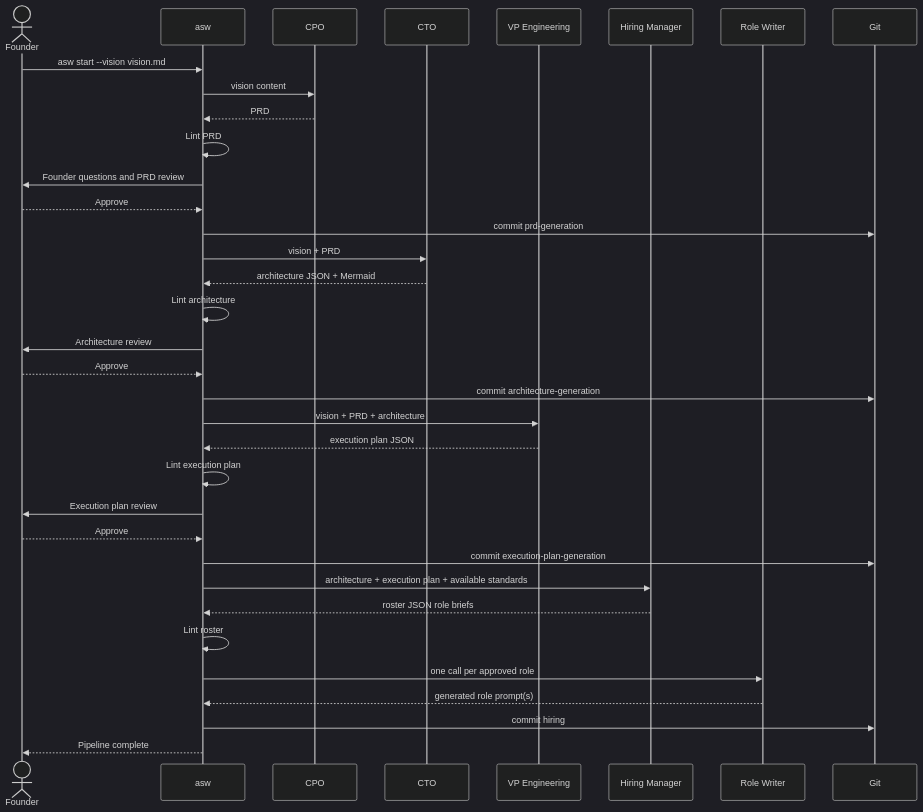
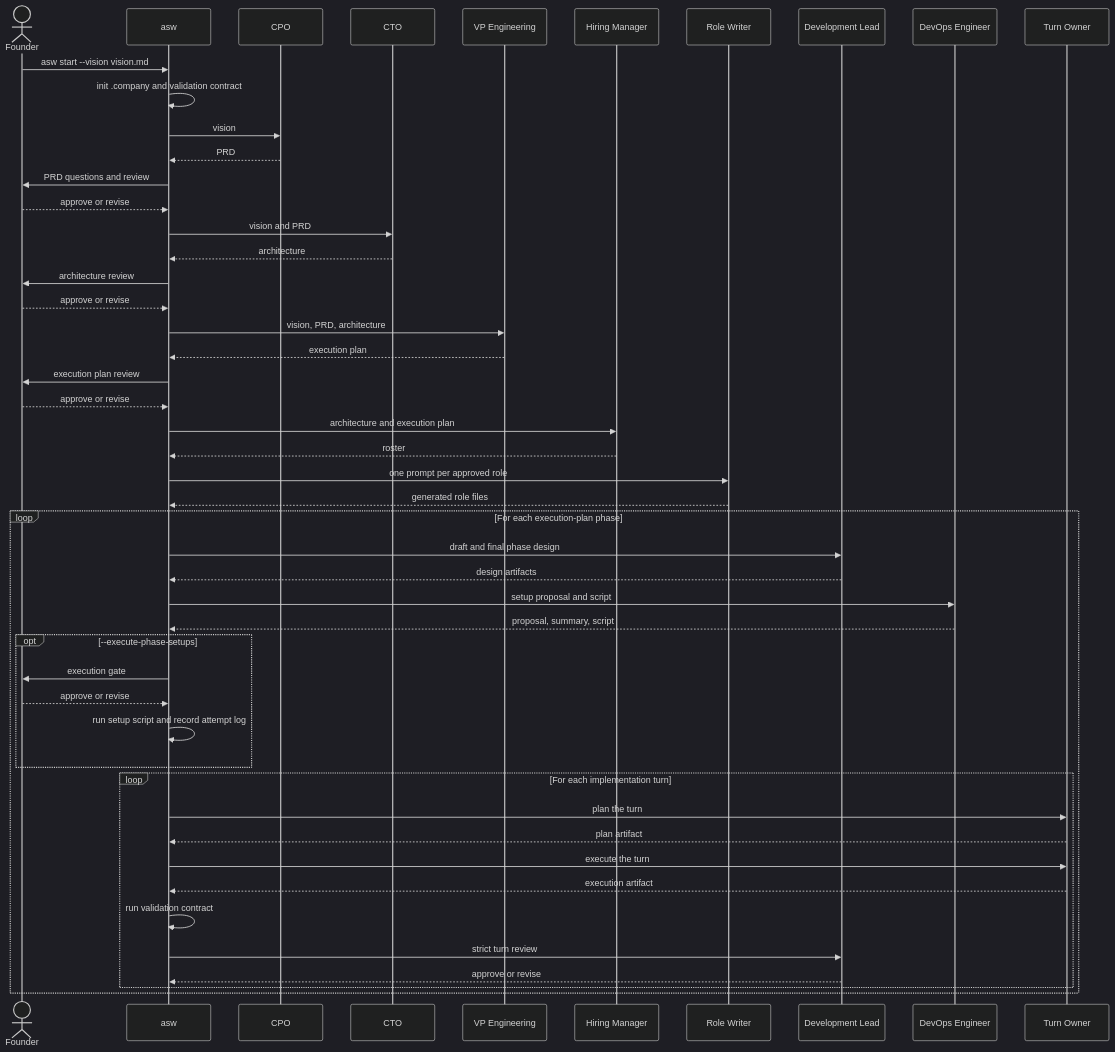
One commit to Shapedsundew9/asw changed the diagram in docs/user/tutorials/first-project.md. Above: the diagram before and after it, drawn with Mermaid. The commit also changed other lines of this file and 9 other files, not shown here.

````diff
--- a/docs/user/tutorials/first-project.md
+++ b/docs/user/tutorials/first-project.md
@@ -288,39 +235,53 @@
 ```mermaid
 %%{init: {'theme': 'dark', 'themeVariables': {'primaryColor': '#2d6a4f', 'primaryTextColor': '#d8f3dc', 'primaryBorderColor': '#52b788', 'lineColor': '#74c69d', 'secondaryColor': '#1b4332', 'tertiaryColor': '#40916c', 'edgeLabelBackground': '#1b4332'}}}%%
 sequenceDiagram
     actor Founder
     participant asw
     participant CPO
     participant CTO
     participant VPE as VP Engineering
-    participant HiringManager as Hiring Manager
-    participant RoleWriter as Role Writer
-    participant Git
+    participant Hiring as Hiring Manager
+    participant Writer as Role Writer
+    participant Lead as Development Lead
+    participant DevOps as DevOps Engineer
+    participant Owner as Turn Owner
 
     Founder->>asw: asw start --vision vision.md
-    asw->>CPO: vision content
+    asw->>asw: init .company and validation contract
+    asw->>CPO: vision
     CPO-->>asw: PRD
-    asw->>asw: Lint PRD
-    asw->>Founder: Founder questions and PRD review
-    Founder-->>asw: Approve
-    asw->>Git: commit prd-generation
-    asw->>CTO: vision + PRD
-    CTO-->>asw: architecture JSON + Mermaid
-    asw->>asw: Lint architecture
-    asw->>Founder: Architecture review
-    Founder-->>asw: Approve
-    asw->>Git: commit architecture-generation
-    asw->>VPE: vision + PRD + architecture
-    VPE-->>asw: execution plan JSON
-    asw->>asw: Lint execution plan
-    asw->>Founder: Execution plan review
-    Founder-->>asw: Approve
-    asw->>Git: commit execution-plan-generation
-    asw->>HiringManager: architecture + execution plan + available standards
-    HiringManager-->>asw: roster JSON role briefs
-    asw->>asw: Lint roster
-    asw->>RoleWriter: one call per approved role
-    RoleWriter-->>asw: generated role prompt(s)
-    asw->>Git: commit hiring
-    asw-->>Founder: Pipeline complete
+    asw->>Founder: PRD questions and review
+    Founder-->>asw: approve or revise
+    asw->>CTO: vision and PRD
+    CTO-->>asw: architecture
+    asw->>Founder: architecture review
+    Founder-->>asw: approve or revise
+    asw->>VPE: vision, PRD, architecture
+    VPE-->>asw: execution plan
+    asw->>Founder: execution plan review
+    Founder-->>asw: approve or revise
+    asw->>Hiring: architecture and execution plan
+    Hiring-->>asw: roster
+    asw->>Writer: one prompt per approved role
+    Writer-->>asw: generated role files
+    loop For each execution-plan phase
+        asw->>Lead: draft and final phase design
+        Lead-->>asw: design artifacts
+        asw->>DevOps: setup proposal and script
+        DevOps-->>asw: proposal, summary, script
+        opt --execute-phase-setups
+            asw->>Founder: execution gate
+            Founder-->>asw: approve or revise
+            asw->>asw: run setup script and record attempt log
+        end
+        loop For each implementation turn
+            asw->>Owner: plan the turn
+            Owner-->>asw: plan artifact
+            asw->>Owner: execute the turn
+            Owner-->>asw: execution artifact
+            asw->>asw: run validation contract
+            asw->>Lead: strict turn review
+            Lead-->>asw: approve or revise
+        end
+    end
 ```
````
